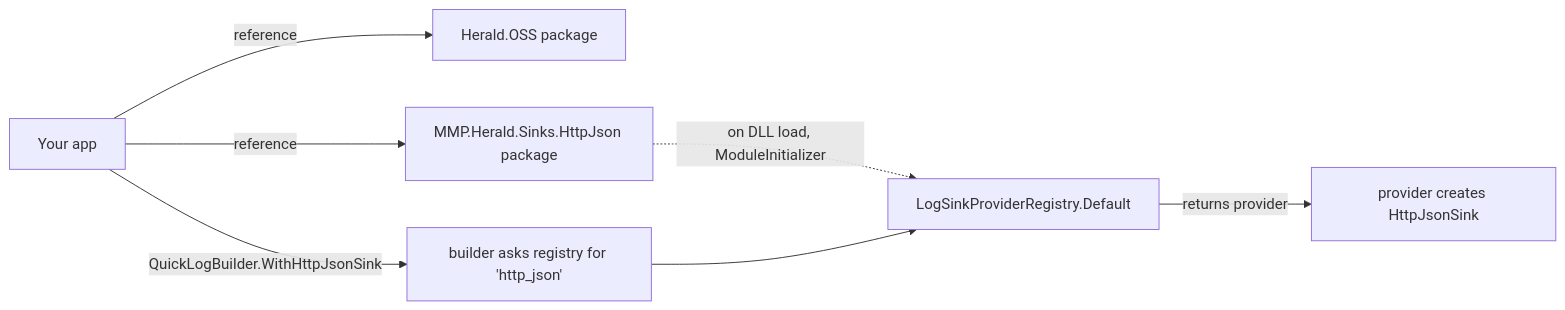
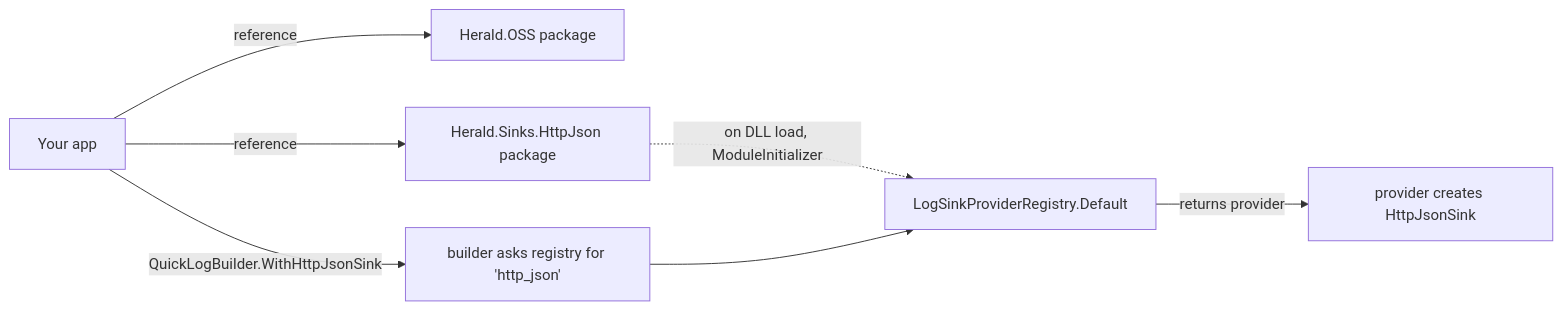
Before and after one commit to mmpworks/Herald.OSS: the diagram in docs/guides/building-sinks.md, drawn with Mermaid. The commit also changed other lines of this file and 85 other files, not shown here.

````diff
--- a/docs/guides/building-sinks.md
+++ b/docs/guides/building-sinks.md
@@ -55,9 +55,9 @@
 ```mermaid
 flowchart LR
     A[Your app] -->|reference| B[Herald.OSS package]
-    A -->|reference| C[MMP.Herald.Sinks.HttpJson package]
+    A -->|reference| C[Herald.Sinks.HttpJson package]
     C -.->|on DLL load, ModuleInitializer| D[LogSinkProviderRegistry.Default]
     A -->|QuickLogBuilder.WithHttpJsonSink| E[builder asks registry for 'http_json']
     E --> D
     D -->|returns provider| F[provider creates HttpJsonSink]
 ```
````
